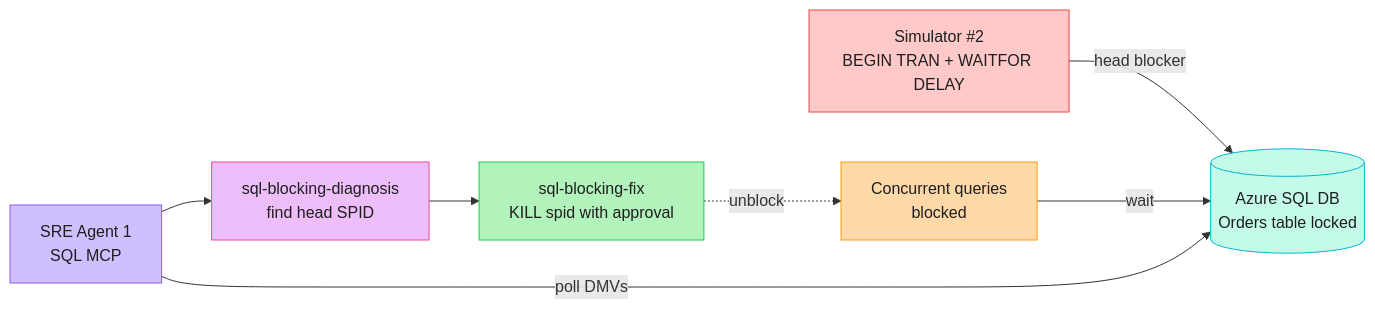
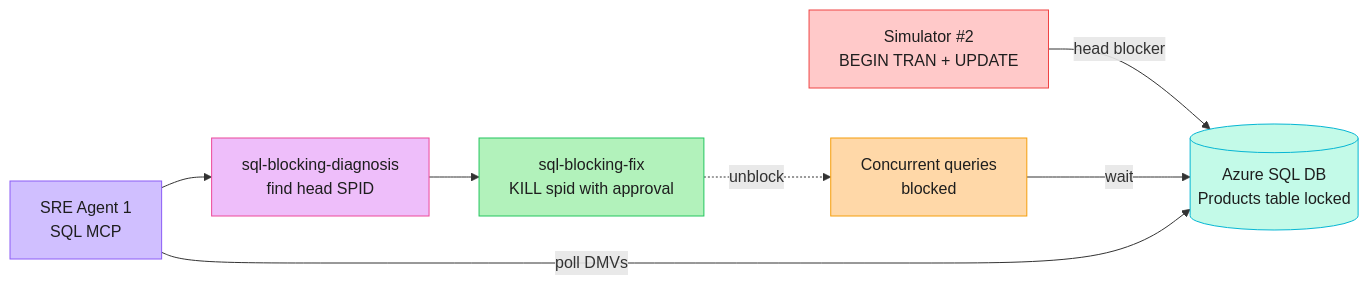
Before and after one commit to lenvolk/AzureFriday-SREAgent: the second of 3 diagrams in README.md, drawn with Mermaid. The commit also changed other lines of this file, not shown here.

Commit message:
Update simulator transaction details in blocking chain diagram for accuracy

````diff
--- a/README.md
+++ b/README.md
@@ -461,15 +461,15 @@
 ```mermaid
 flowchart LR
-    SIM[Simulator #2<br/>BEGIN TRAN + WAITFOR DELAY]:::bad -->|head blocker| SQL[(Azure SQL DB<br/>Orders table locked)]:::data
+   SIM[Simulator #2<br/>BEGIN TRAN + UPDATE]:::bad -->|head blocker| SQL[(Azure SQL DB<br/>Products table locked)]:::data
     BLK[Concurrent queries<br/>blocked]:::warn -->|wait| SQL
     SRE[SRE Agent 1<br/>SQL MCP]:::agent -->|poll DMVs| SQL
     SRE --> DIAG[sql-blocking-diagnosis<br/>find head SPID]:::skill
     DIAG --> FIX[sql-blocking-fix<br/>KILL spid with approval]:::fix
     FIX -.unblock.-> BLK
     classDef bad fill:#ffc9c9,stroke:#ef4444,color:#1e1e1e
     classDef data fill:#c3fae8,stroke:#06b6d4,color:#1e1e1e
     classDef warn fill:#ffd8a8,stroke:#f59e0b,color:#1e1e1e
     classDef agent fill:#d0bfff,stroke:#8b5cf6,color:#1e1e1e
     classDef skill fill:#eebefa,stroke:#ec4899,color:#1e1e1e
     classDef fix fill:#b2f2bb,stroke:#22c55e,color:#1e1e1e
 ```
````
